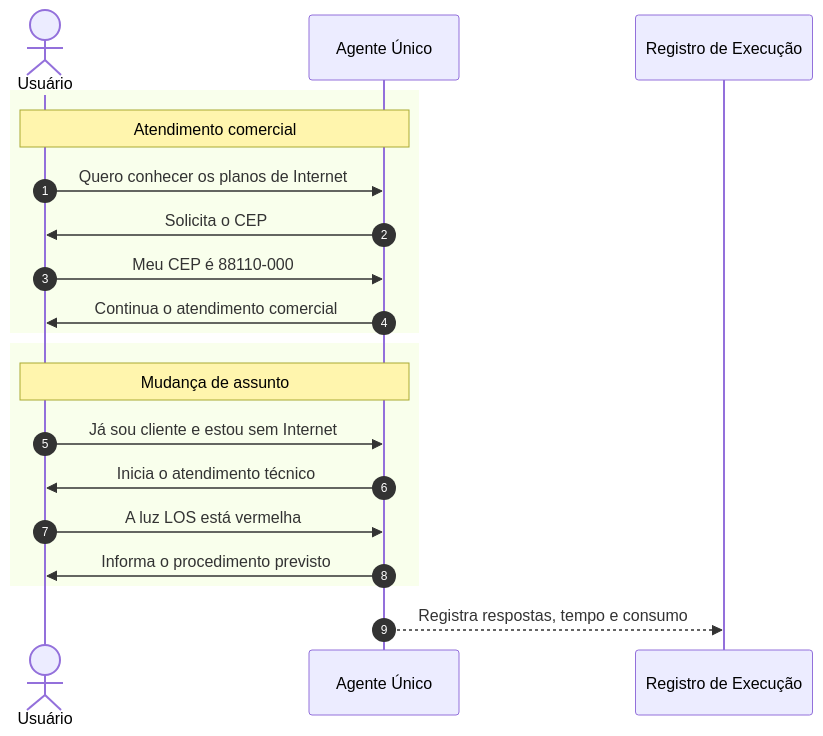
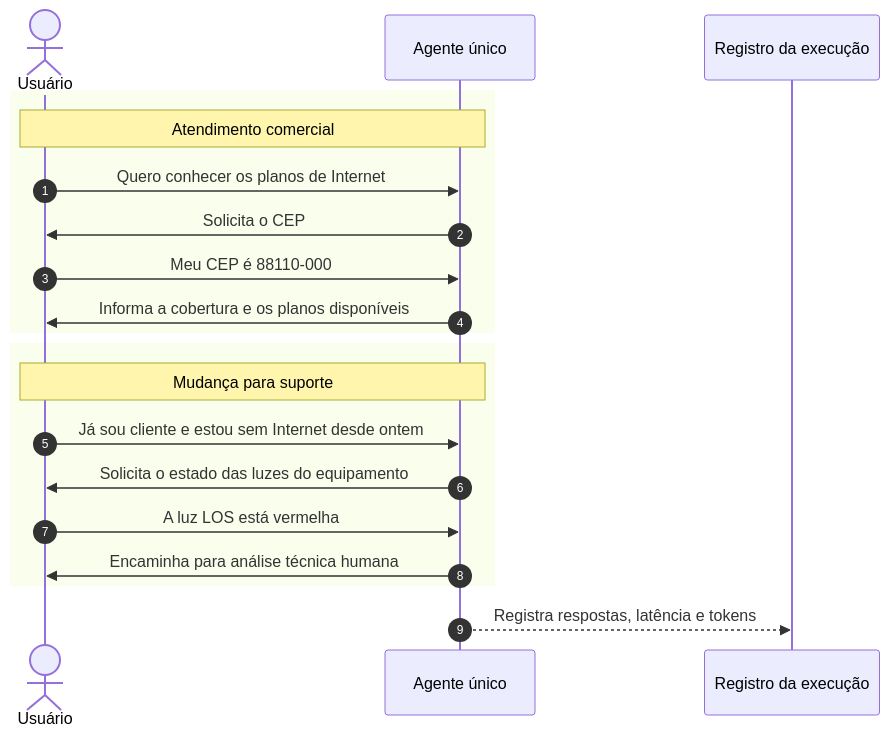
One commit to wagnerfloresdossantos/engtelecom-ifsc-sj changed the diagram in tcc-2026.2/prototipos/diagramas/fontes/arquitetura-agente-unico.md. Above: the diagram before and after it, drawn with Mermaid. The commit also changed other lines of this file and 28 other files, not shown here.

````diff
--- a/tcc-2026.2/prototipos/diagramas/fontes/arquitetura-agente-unico.md
+++ b/tcc-2026.2/prototipos/diagramas/fontes/arquitetura-agente-unico.md
@@ -3,26 +1,26 @@
 ```mermaid
 sequenceDiagram
     autonumber
 
     actor U as Usuário
-    participant A as Agente Único
-    participant R as Registro de Execução
+    participant A as Agente único
+    participant R as Registro da execução
 
-    rect 
+    rect
         Note over U,A: Atendimento comercial
         U->>A: Quero conhecer os planos de Internet
         A->>U: Solicita o CEP
         U->>A: Meu CEP é 88110-000
-        A->>U: Continua o atendimento comercial
+        A->>U: Informa a cobertura e os planos disponíveis
     end
 
     rect
-        Note over U,A: Mudança de assunto
-        U->>A: Já sou cliente e estou sem Internet
-        A->>U: Inicia o atendimento técnico
+        Note over U,A: Mudança para suporte
+        U->>A: Já sou cliente e estou sem Internet desde ontem
+        A->>U: Solicita o estado das luzes do equipamento
         U->>A: A luz LOS está vermelha
-        A->>U: Informa o procedimento previsto
+        A->>U: Encaminha para análise técnica humana
     end
 
-    A-->>R: Registra respostas, tempo e consumo
+    A-->>R: Registra respostas, latência e tokens
 ```
````
